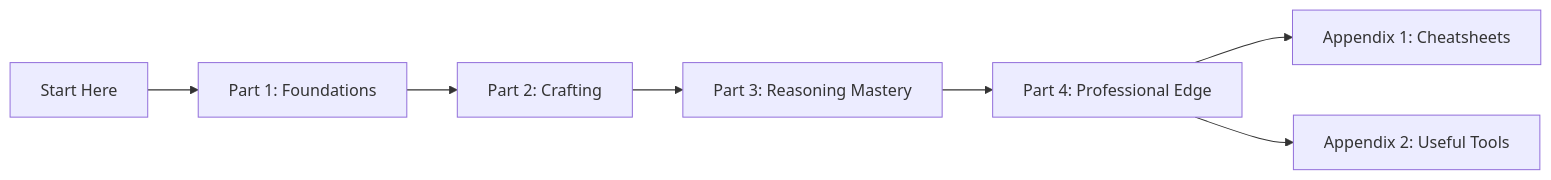
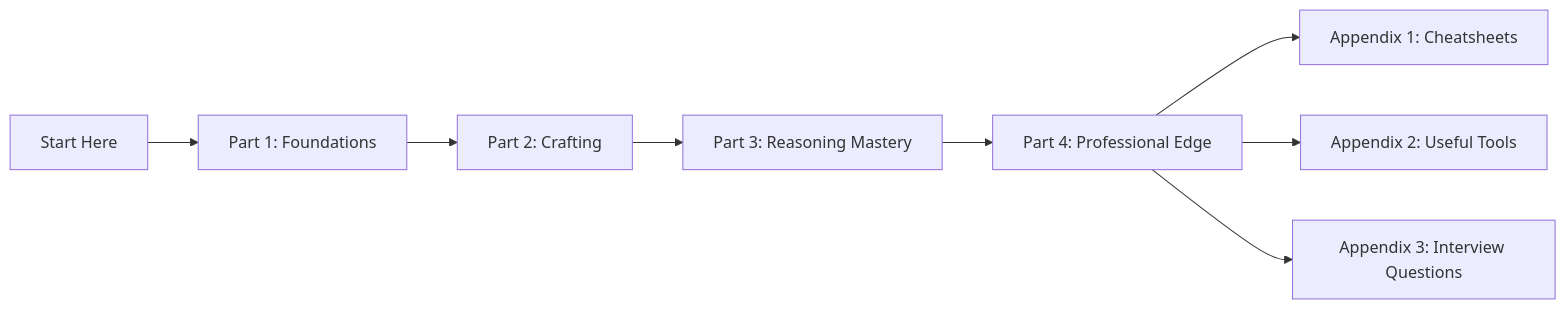
Before and after one commit to sehgalrishabh/Gen-AI-Prompt-Engineer-101: the second of 2 diagrams in README.md, drawn with Mermaid. The commit also changed other lines of this file and 3 other files, not shown here.

Commit message:
feat: add Appendix 3: Prompt Engineering Interview Questions and update sidebar

````diff
--- a/README.md
+++ b/README.md
@@ -101,9 +103,10 @@
 ```mermaid
 flowchart LR
     A[Start Here] --> B[Part 1: Foundations]
     B --> C[Part 2: Crafting]
     C --> D[Part 3: Reasoning Mastery]
     D --> E[Part 4: Professional Edge]
     E --> F[Appendix 1: Cheatsheets]
     E --> G[Appendix 2: Useful Tools]
+    E --> H[Appendix 3: Interview Questions]
 ```
````
